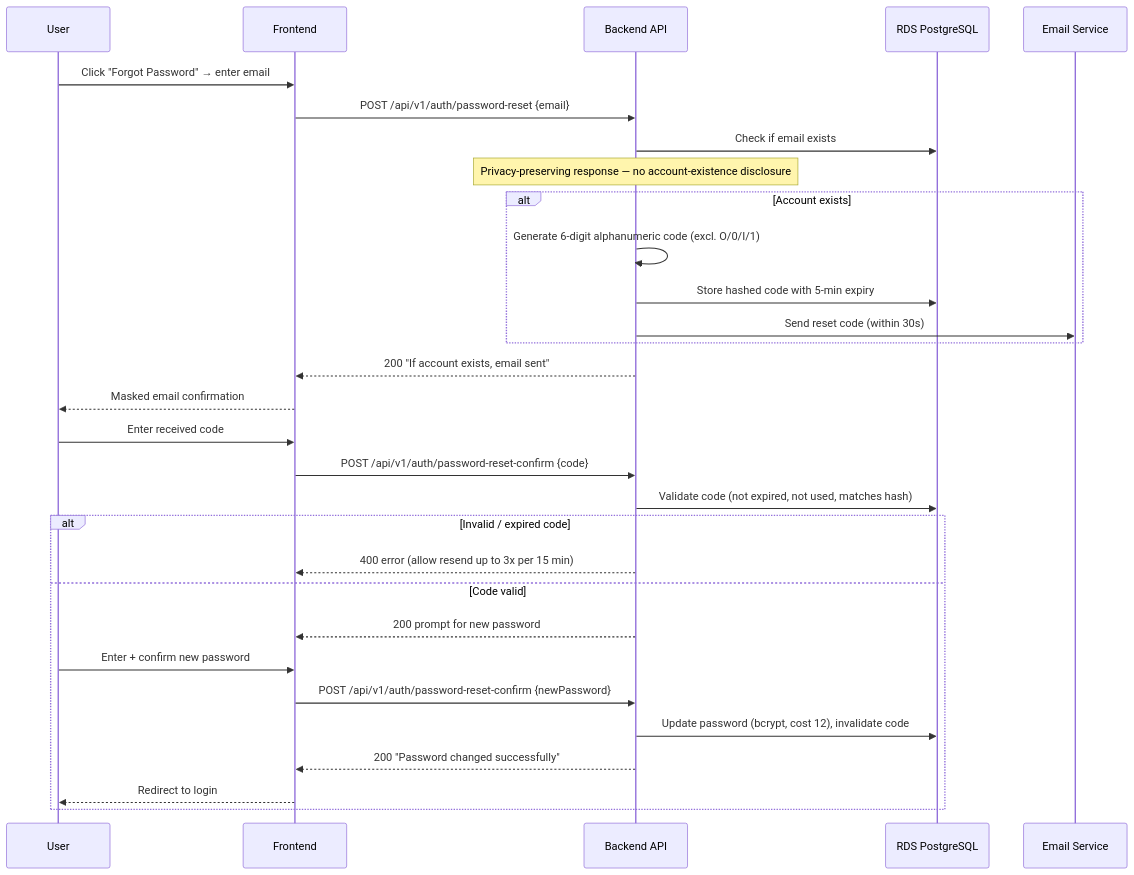
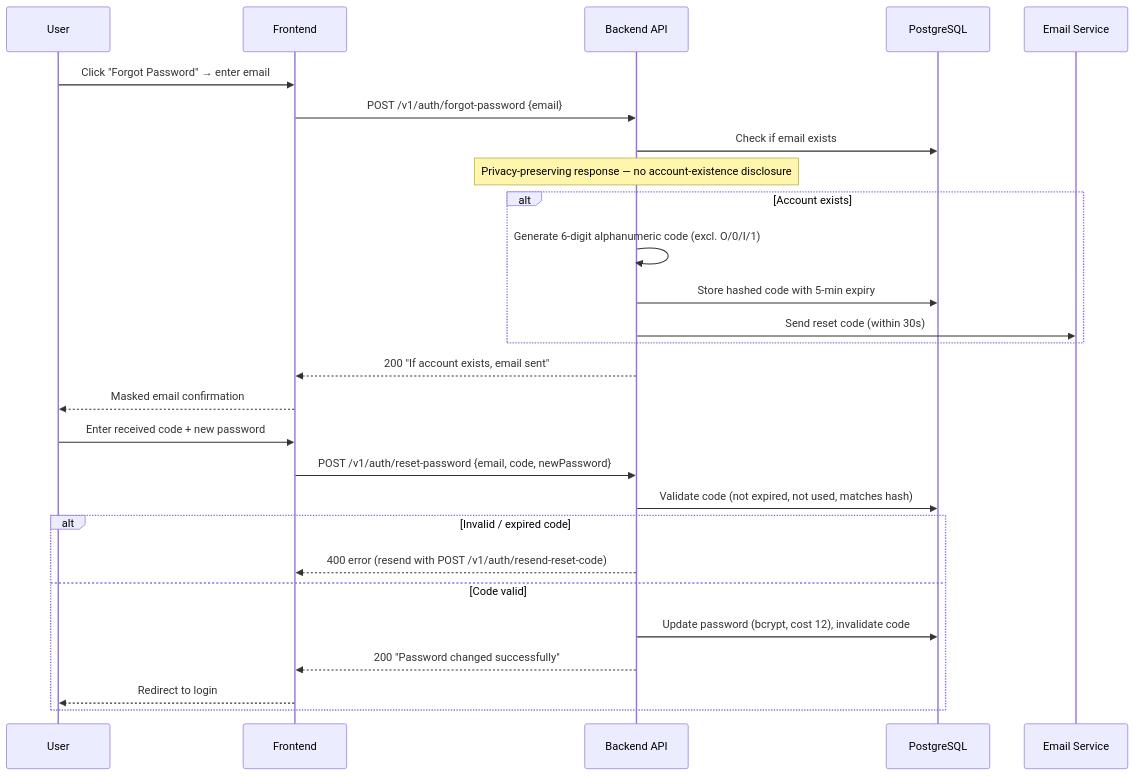
The seventh of 13 diagrams in docs/03-architecture/diagrams/sequence-diagrams.md (alonsovndev/open-projects-hub-docs), drawn with Mermaid before and after one commit. The commit also changed other lines of this file and 14 other files, not shown here.

First line of the commit message:
docs(architecture): describe the deployed Cloudflare and EC2 stack

````diff
--- a/docs/03-architecture/diagrams/sequence-diagrams.md
+++ b/docs/03-architecture/diagrams/sequence-diagrams.md
@@ -190,33 +187,30 @@
 ```mermaid
 sequenceDiagram
     participant User
     participant FE as Frontend
     participant BE as Backend API
-    participant DB as RDS PostgreSQL
+    participant DB as PostgreSQL
     participant Email as Email Service
 
     User->>FE: Click "Forgot Password" → enter email
-    FE->>BE: POST /api/v1/auth/password-reset {email}
+    FE->>BE: POST /v1/auth/forgot-password {email}
     BE->>DB: Check if email exists
     Note over BE: Privacy-preserving response — no account-existence disclosure
     alt Account exists
         BE->>BE: Generate 6-digit alphanumeric code (excl. O/0/I/1)
         BE->>DB: Store hashed code with 5-min expiry
         BE->>Email: Send reset code (within 30s)
     end
     BE-->>FE: 200 "If account exists, email sent"
     FE-->>User: Masked email confirmation
-    User->>FE: Enter received code
-    FE->>BE: POST /api/v1/auth/password-reset-confirm {code}
+    User->>FE: Enter received code + new password
+    FE->>BE: POST /v1/auth/reset-password {email, code, newPassword}
     BE->>DB: Validate code (not expired, not used, matches hash)
     alt Invalid / expired code
-        BE-->>FE: 400 error (allow resend up to 3x per 15 min)
+        BE-->>FE: 400 error (resend with POST /v1/auth/resend-reset-code)
     else Code valid
-        BE-->>FE: 200 prompt for new password
-        User->>FE: Enter + confirm new password
-        FE->>BE: POST /api/v1/auth/password-reset-confirm {newPassword}
         BE->>DB: Update password (bcrypt, cost 12), invalidate code
         BE-->>FE: 200 "Password changed successfully"
         FE-->>User: Redirect to login
     end
 ```
````
